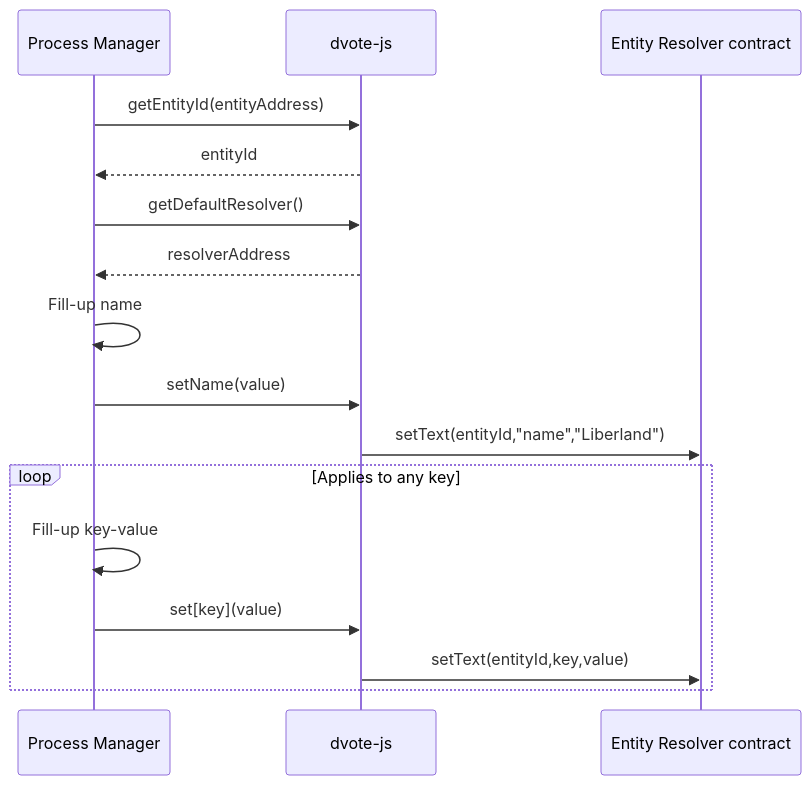
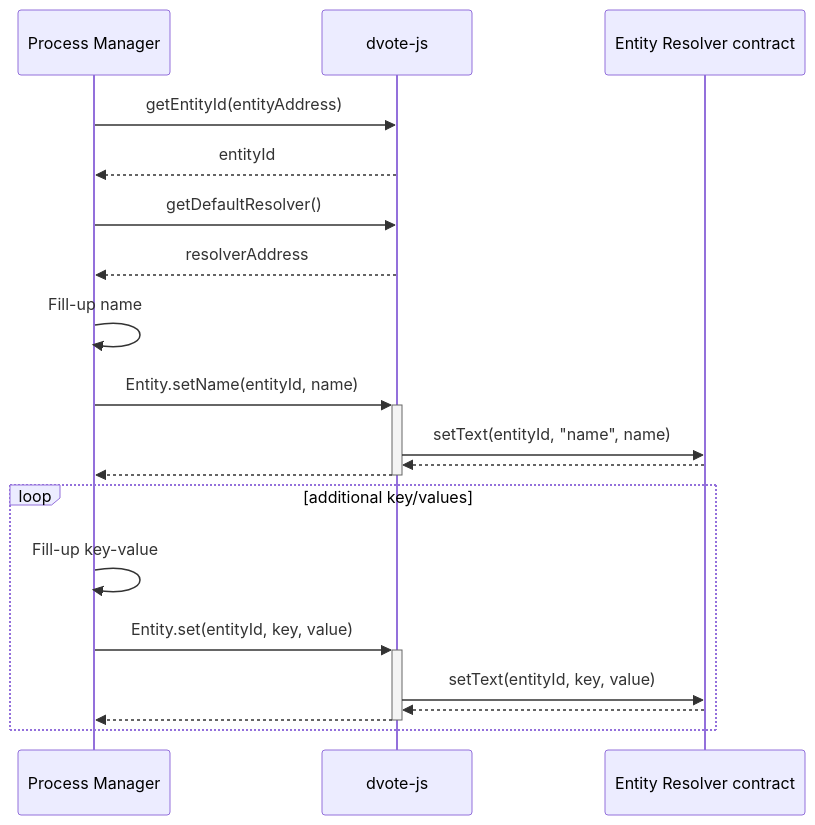
Before and after one commit to vocdoni/docs: the third of 15 diagrams in docs/protocol/sequence-diagrams.md, drawn with Mermaid. The commit also changed 1 other file, not shown here.

Commit message:
Feedback work in progress

````diff
--- a/docs/protocol/sequence-diagrams.md
+++ b/docs/protocol/sequence-diagrams.md
@@ -71,24 +71,28 @@
 ```mermaid
 
 sequenceDiagram
     participant PM as Process Manager
     participant DV as dvote-js
     participant ER as Entity Resolver contract
 
     PM->>DV: getEntityId(entityAddress)
     DV-->>PM: entityId
 
     PM->>DV: getDefaultResolver()
     DV-->>PM: resolverAddress
 
     PM->>PM: Fill-up name
-    PM->>DV: setName(value)
-        DV->>ER: setText(entityId,"name","Liberland")
+    PM->>+DV: Entity.setName(entityId, name)
+        DV->>ER: setText(entityId, "name", name)
+        ER-->>DV: 
+    DV-->>-PM: 
 
-    loop Applies to any key
+    loop additional key/values
         PM->>PM: Fill-up key-value
-        PM->>DV: set[key](value)
-        DV->>ER: setText(entityId,key,value)
+        PM->>+DV: Entity.set(entityId, key, value)
+            DV->>ER: setText(entityId, key, value)
+            ER-->>DV: 
+        DV-->>-PM: 
     end
 
 ```
````
